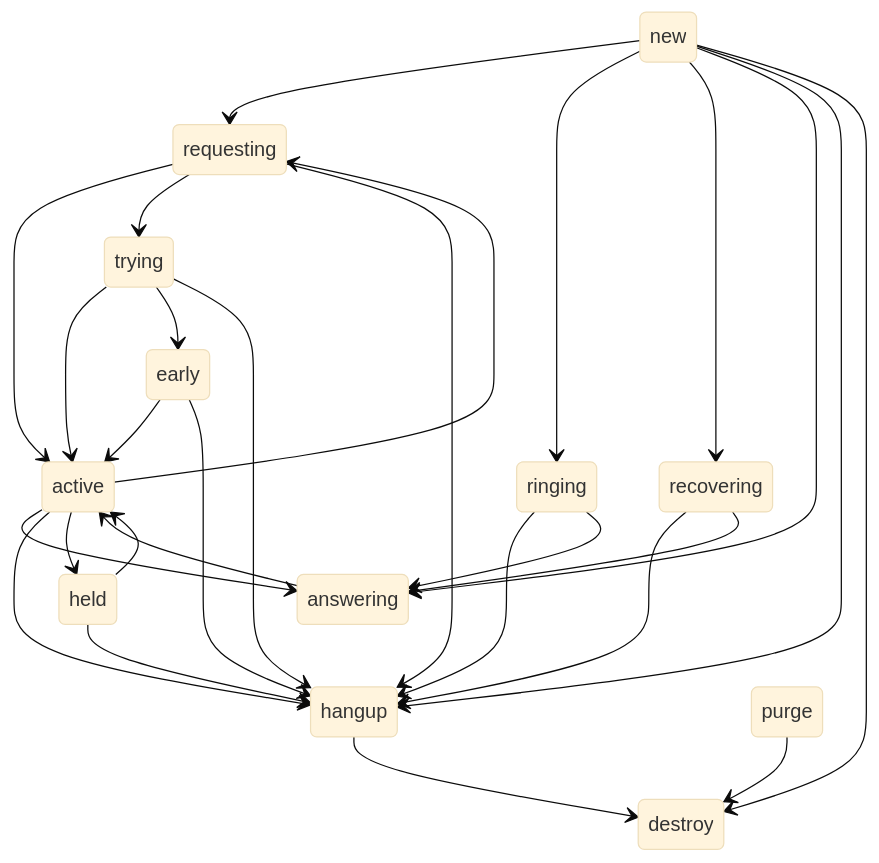
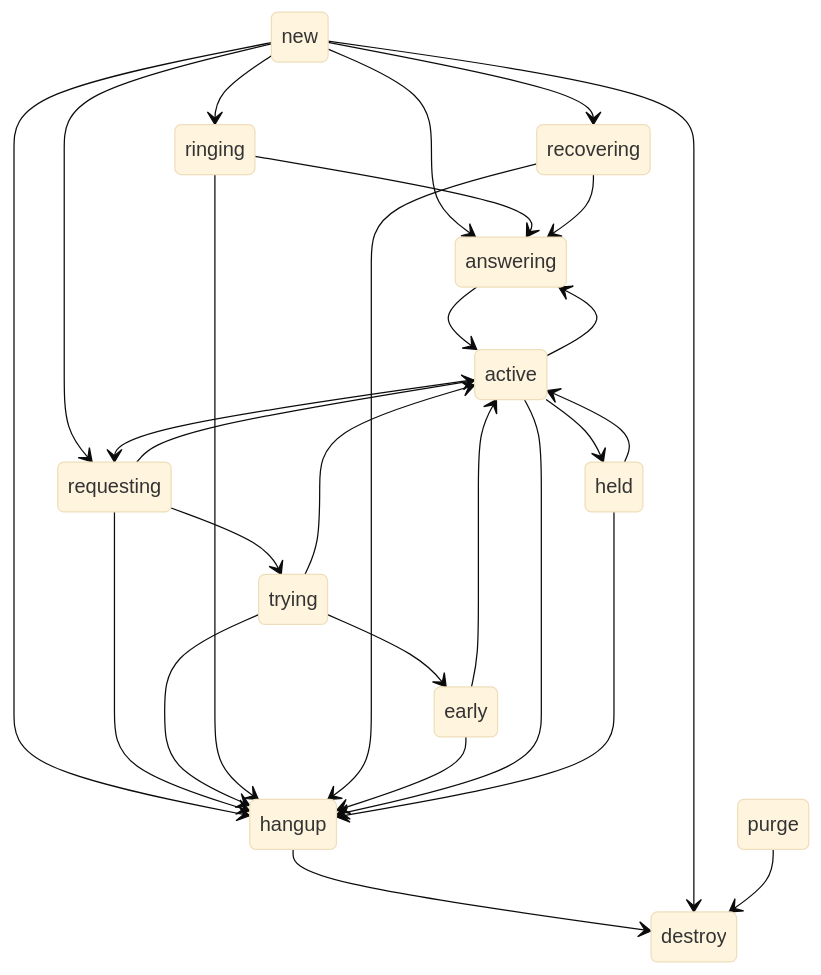
Before and after one commit to bjenning04/foam: the fourth of 4 diagrams in verto-design.md, drawn with Mermaid (base theme).

Commit message:
May 4, 2026, 5:07 PM

````diff
--- a/verto-design.md
+++ b/verto-design.md
@@ -318,40 +318,39 @@
 ```mermaid
 stateDiagram
-    new --> requesting
     new --> ringing
     new --> recovering
     new --> answering
+    new --> requesting
     new --> hangup
-    new --> destroy
-
-    purge --> destroy
 
     requesting --> active
     requesting --> trying
     requesting --> hangup
 
     trying --> active
     trying --> early
     trying --> hangup
 
     ringing --> hangup
     ringing --> answering
 
     recovering --> hangup
     recovering --> answering
 
     early --> active
     early --> hangup
 
     active --> requesting
     active --> answering
     active --> hangup
     active --> held
 
     answering --> active
 
     held --> active
     held --> hangup
 
     hangup --> destroy
+    new --> destroy
+    purge --> destroy
 ```
````
